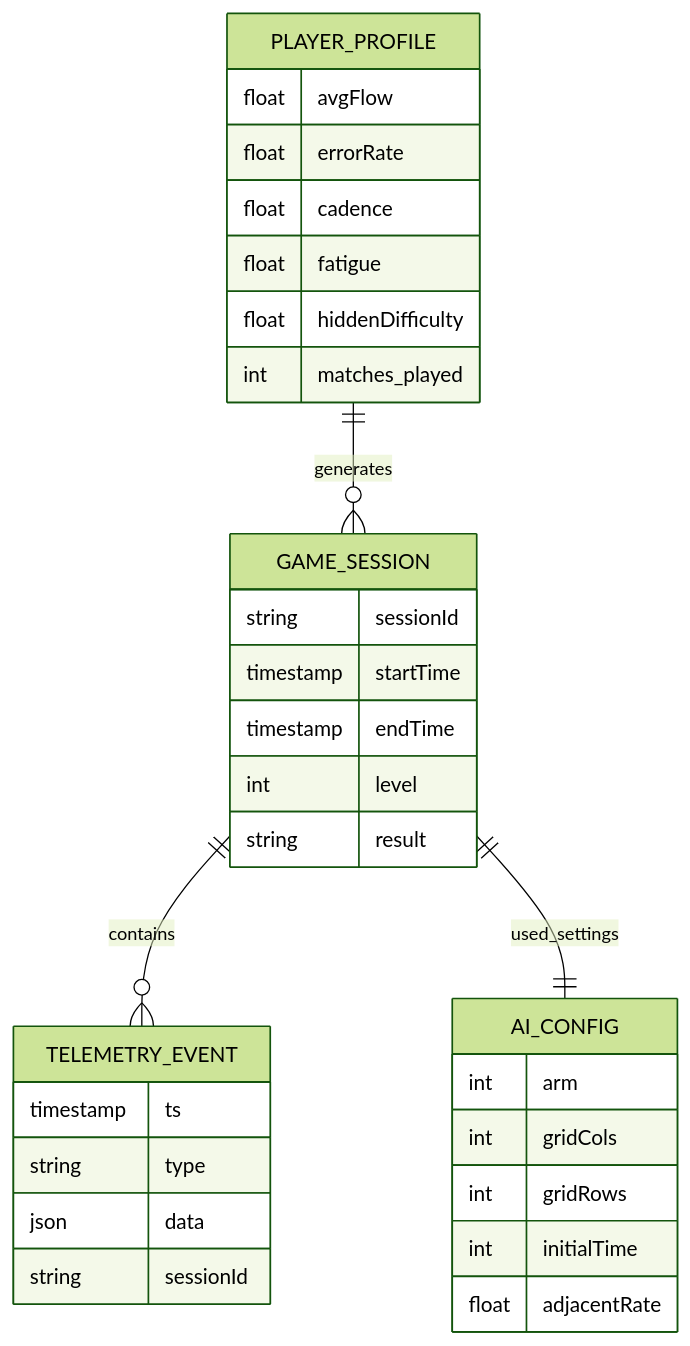
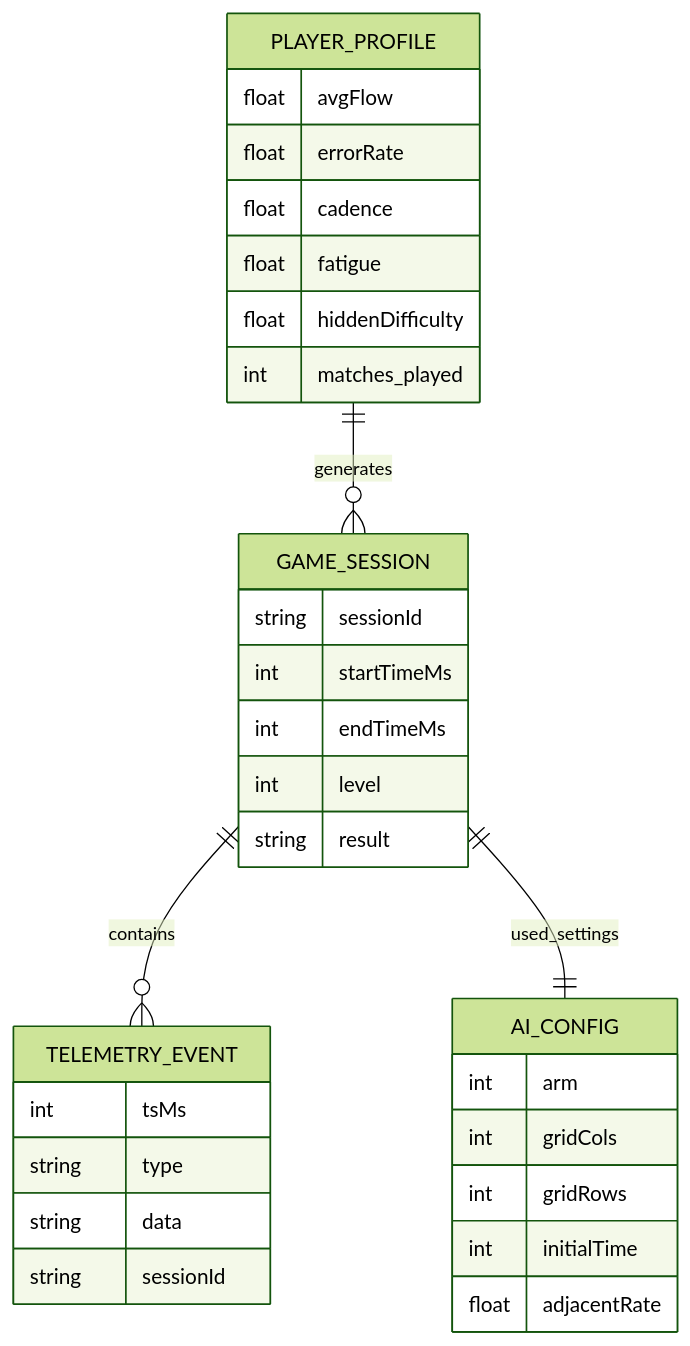
One commit to DDMYmia/Memory-Game-He-Maumahara changed the seventh of 7 diagrams in docs/SYSTEM_DIAGRAMS.md. Above: the diagram before and after it, drawn with Mermaid (forest theme). The commit also changed other lines of this file, not shown here.

Commit message:
Fix Mermaid ERD types for rendering

````diff
--- a/docs/SYSTEM_DIAGRAMS.md
+++ b/docs/SYSTEM_DIAGRAMS.md
@@ -311,38 +311,39 @@
 ```mermaid
 erDiagram
     PLAYER_PROFILE {
         float avgFlow
         float errorRate
         float cadence
         float fatigue
         float hiddenDifficulty
         int matches_played
     }
 
     GAME_SESSION {
         string sessionId
-        timestamp startTime
-        timestamp endTime
+        int startTimeMs
+        int endTimeMs
         int level
         string result
     }
 
     TELEMETRY_EVENT {
-        timestamp ts
+        int tsMs
         string type
-        json data
+        string data
         string sessionId
     }
 
     AI_CONFIG {
         int arm
         int gridCols
         int gridRows
         int initialTime
         float adjacentRate
     }
 
     PLAYER_PROFILE ||--o{ GAME_SESSION : generates
     GAME_SESSION ||--o{ TELEMETRY_EVENT : contains
     GAME_SESSION ||--|| AI_CONFIG : used_settings
+
 ```
````
